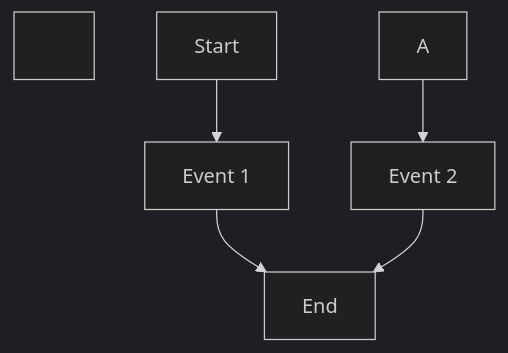
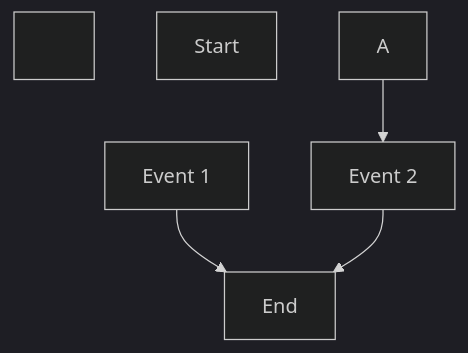
One commit to LbsLundAW/DiceGame-Examples changed the diagram in README.md. Above: the diagram before and after it, drawn with Mermaid (dark theme).

````diff
--- a/README.md
+++ b/README.md
@@ -7,13 +7,13 @@
 ```mermaid
 
 graph TD;
 
-&nbsp;	A\[Start]-->B\[Event 1]
+&nbsp;	A\[Start]
 
 &nbsp;	A-->C\[Event 2]
 
 &nbsp;	B\[Event 1]-->D\[End]
 
 &nbsp;	C\[Event 2]-->D\[End]
 
 ```
````
